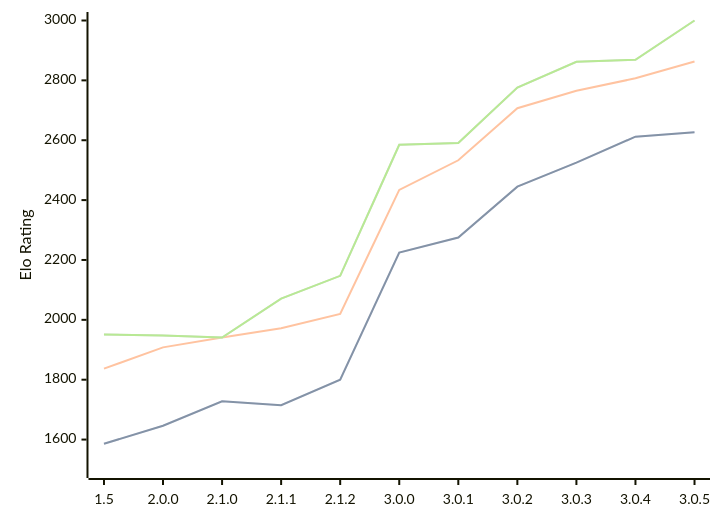
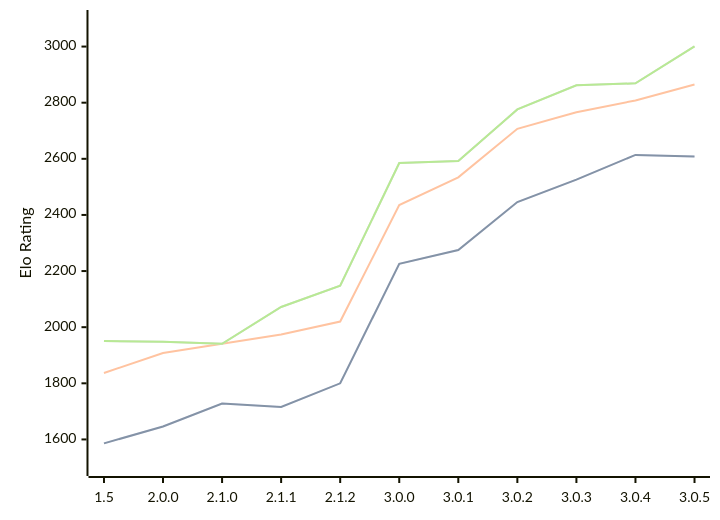
Before and after one commit to computer-chess-index/cci: the diagram in engines/Rudim.md, drawn with Mermaid. The commit also changed other lines of this file, not shown here.

Commit message:
Update CCI Ratings (ELO VLTC) - 2026-07-25

````diff
--- a/engines/Rudim.md
+++ b/engines/Rudim.md
@@ -50,11 +50,11 @@
 ```mermaid
 %%{init: {"theme":"base","themeVariables":{"seriesColors:['#a3a3a3','#222221','#faa371']}}}%%
 xychart-beta
   x-axis ["1.5", "2.0.0", "2.1.0", "2.1.1", "2.1.2", "3.0.0", "3.0.1", "3.0.2", "3.0.3", "3.0.4", "3.0.5"]
-  y-axis "Elo Rating" 1500 --> 3000
-  line "STC (8.0+0.08s)" [1586, 1646, 1728, 1715, 1800, 2225, 2275, 2445, 2525, 2612, 2627]
-  line "STC (8.0+0.08s)" [1586, 1646, 1728, 1715, 1800, 2225, 2275, 2445, 2525, 2612, 2627]
-  line "LTC (60.0+0.60s)" [1837, 1908, 1941, 1972, 2020, 2434, 2533, 2707, 2765, 2807, 2863]
-  line "VLTC (2m24s+1.12s)" [1951, 1948, 1941, 2071, 2147, 2585, 2591, 2776, 2862, 2869, 3000]
-  line "VLTC (2m24s+1.12s)" [1951, 1948, 1941, 2071, 2147, 2585, 2591, 2776, 2862, 2869, 3000]
+  y-axis "Elo Rating" 1500 --> 3100
+  line "STC (8.0+0.08s)" [1586, 1646, 1728, 1716, 1800, 2226, 2275, 2446, 2526, 2614, 2608]
+  line "STC (8.0+0.08s)" [1586, 1646, 1728, 1716, 1800, 2226, 2275, 2446, 2526, 2614, 2608]
+  line "LTC (60.0+0.60s)" [1837, 1908, 1941, 1974, 2020, 2435, 2534, 2707, 2766, 2808, 2865]
+  line "VLTC (2m24s+1.12s)" [1951, 1948, 1941, 2072, 2148, 2585, 2592, 2776, 2862, 2869, 3001]
+  line "VLTC (2m24s+1.12s)" [1951, 1948, 1941, 2072, 2148, 2585, 2592, 2776, 2862, 2869, 3001]
 ```
````
